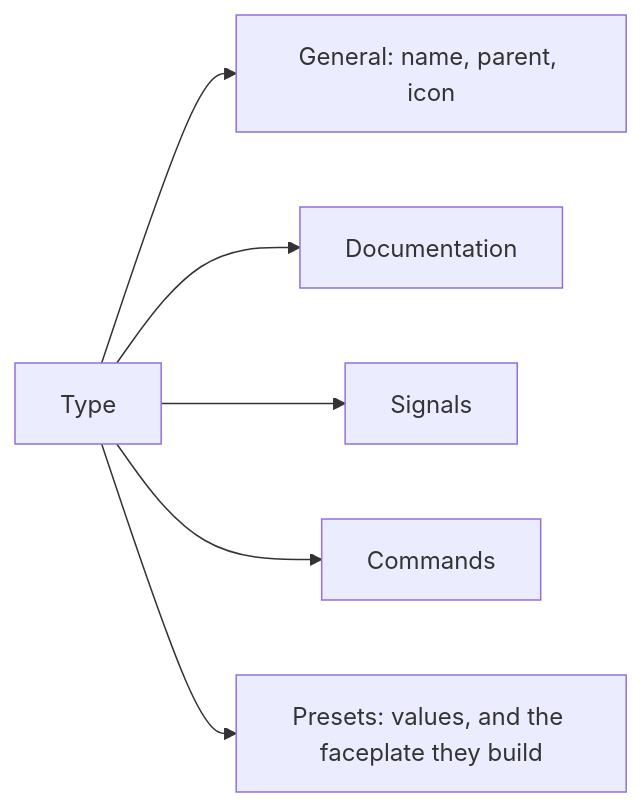
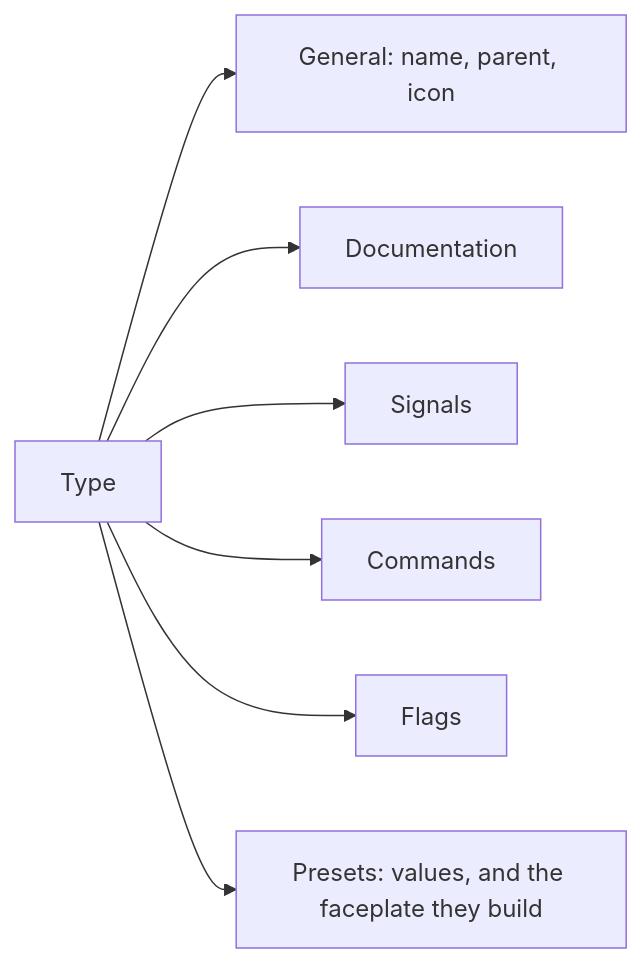
One commit to AlexandreGallais/synoptic-studio-spec changed the seventh of 12 diagrams in metadata/01-types.md. Above: the diagram before and after it, drawn with Mermaid. The commit also changed other lines of this file and 9 other files, not shown here.

````diff
--- a/metadata/01-types.md
+++ b/metadata/01-types.md
@@ -125,8 +125,9 @@
 ```mermaid
 flowchart LR
     T[Type] --> G[General: name, parent, icon]
     T --> DO[Documentation]
     T --> P[Signals]
     T --> C[Commands]
+    T --> F[Flags]
     T --> R[Presets: values, and the faceplate they build]
 ```
````
